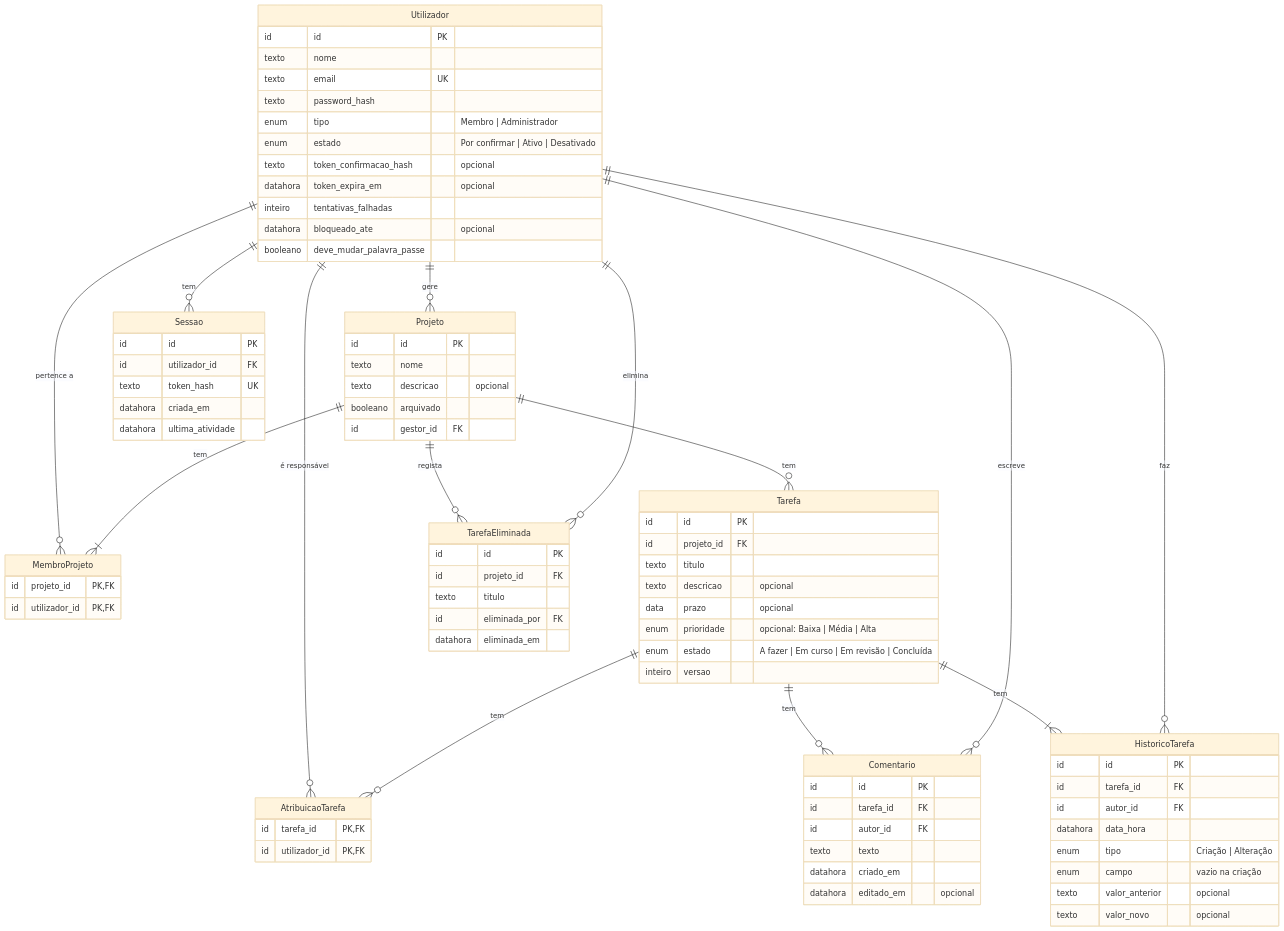
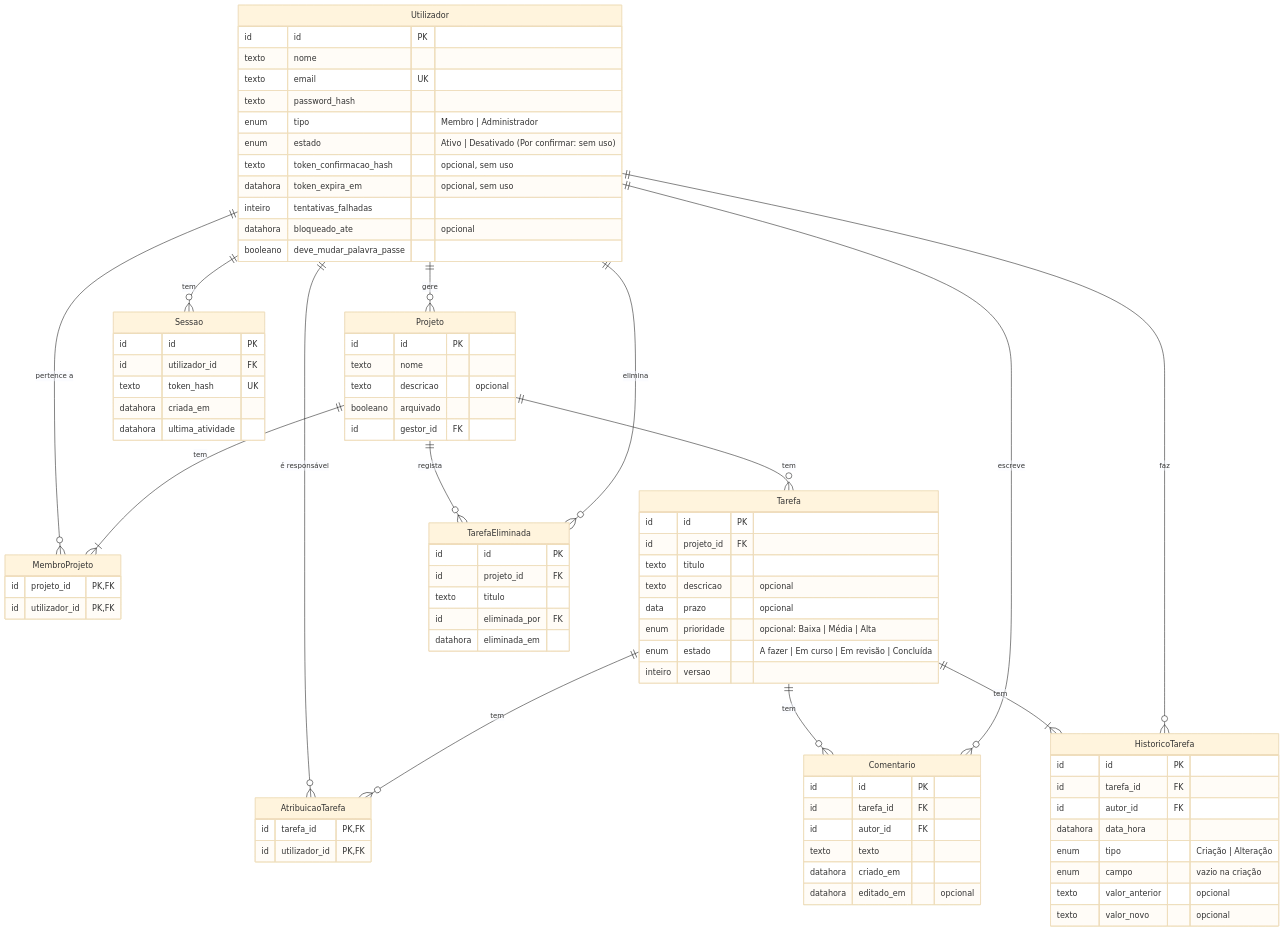
One commit to jmariz-costa/ESMAD-Matriz changed the diagram in docs/database.md. Above: the diagram before and after it, drawn with Mermaid (base theme). The commit also changed 6 other files, not shown here.

```diff
--- a/docs/database.md
+++ b/docs/database.md
@@ -187,9 +187,9 @@
         texto email UK
         texto password_hash
         enum tipo "Membro | Administrador"
-        enum estado "Por confirmar | Ativo | Desativado"
-        texto token_confirmacao_hash "opcional"
-        datahora token_expira_em "opcional"
+        enum estado "Ativo | Desativado (Por confirmar: sem uso)"
+        texto token_confirmacao_hash "opcional, sem uso"
+        datahora token_expira_em "opcional, sem uso"
         inteiro tentativas_falhadas
         datahora bloqueado_ate "opcional"
         booleano deve_mudar_palavra_passe
```
